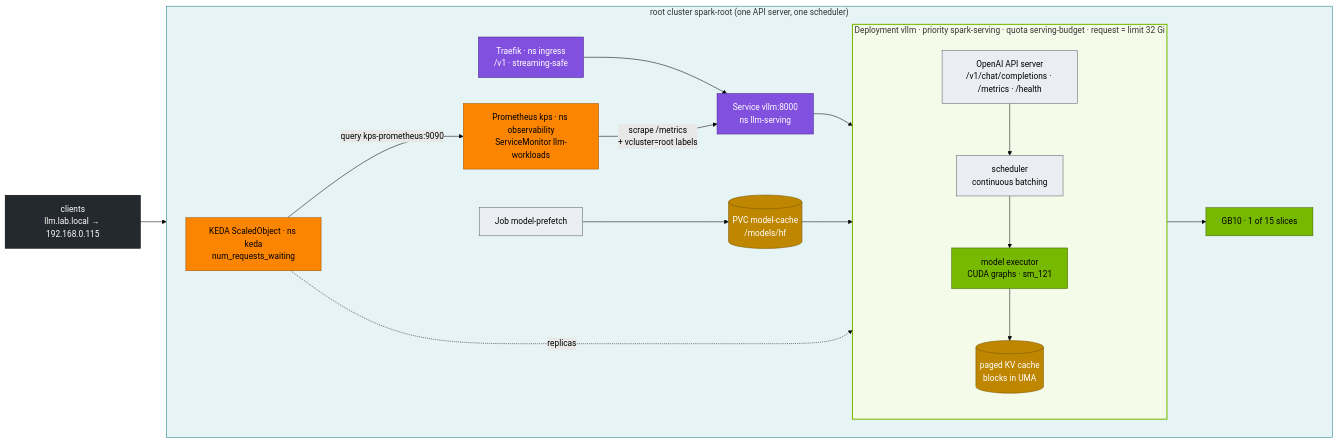
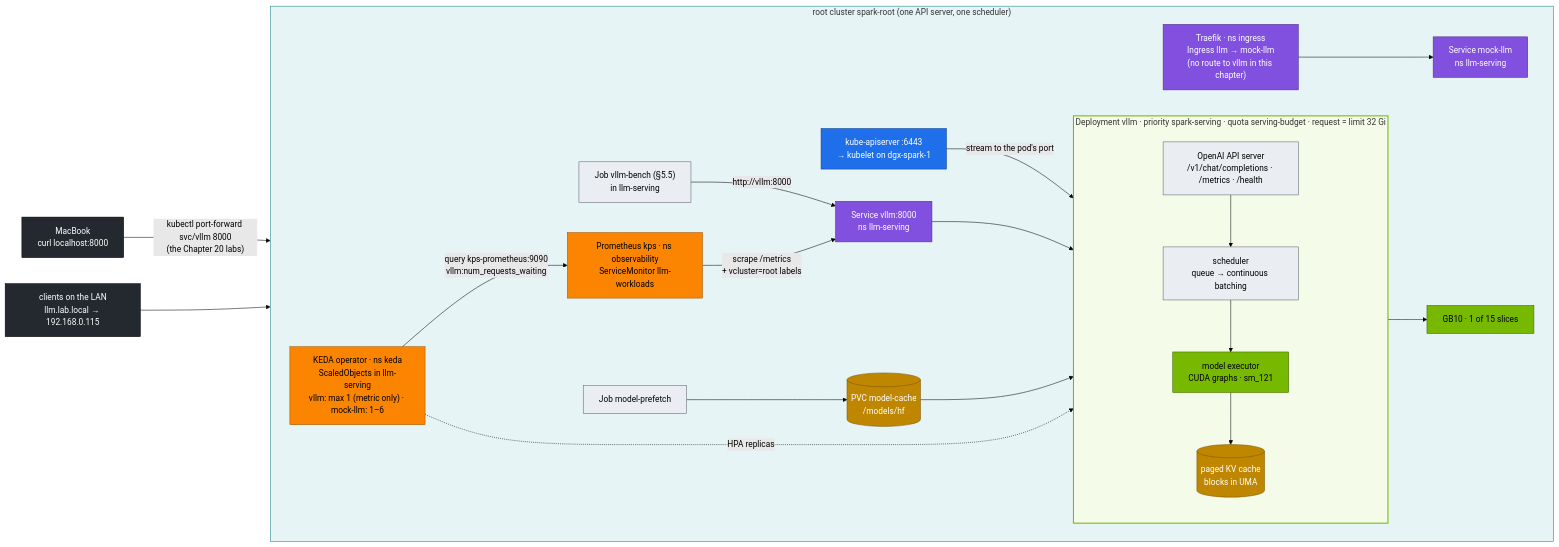
Before and after one commit to cloudone365/technical-depth: the first of 2 diagrams in 02-Kubernetes/20-vllm-high-throughput-llm-serving.md, drawn with Mermaid (forest theme). The commit also changed other lines of this file, not shown here.

First line of the commit message:
02 Ch20: HLD matches the lab's request paths; §2.1 request flow

````diff
--- a/02-Kubernetes/20-vllm-high-throughput-llm-serving.md
+++ b/02-Kubernetes/20-vllm-high-throughput-llm-serving.md
@@ -37,41 +37,47 @@
 ```mermaid
 flowchart LR
-  CL["clients<br/>llm.lab.local → 192.168.0.115"] --> TR
+  MAC["MacBook<br/>curl localhost:8000"] -->|"kubectl port-forward svc/vllm 8000<br/>(the Chapter 20 labs)"| APIS
+  LAN["clients on the LAN<br/>llm.lab.local → 192.168.0.115"] --> TR
   subgraph ROOT["root cluster spark-root (one API server, one scheduler)"]
     direction LR
-    TR["Traefik · ns ingress<br/>/v1 · streaming-safe"] --> SVC["Service vllm:8000<br/>ns llm-serving"]
+    APIS["kube-apiserver :6443<br/>→ kubelet on dgx-spark-1"]
+    TR["Traefik · ns ingress<br/>Ingress llm → mock-llm<br/>(no route to vllm in this chapter)"] --> MOCK["Service mock-llm<br/>ns llm-serving"]
+    SVC["Service vllm:8000<br/>ns llm-serving"]
     subgraph POD["Deployment vllm · priority spark-serving · quota serving-budget · request = limit 32 Gi"]
       direction TB
       API["OpenAI API server<br/>/v1/chat/completions · /metrics · /health"]
-      SCH["scheduler<br/>continuous batching"]
+      SCH["scheduler<br/>queue → continuous batching"]
       ENG["model executor<br/>CUDA graphs · sm_121"]
       KV[("paged KV cache<br/>blocks in UMA")]
       API --> SCH --> ENG --> KV
     end
+    APIS -->|"stream to the pod's port"| API
     SVC --> API
+    BENCH["Job vllm-bench (§5.5)<br/>in llm-serving"] -->|"http://vllm:8000"| SVC
     PVC[("PVC model-cache<br/>/models/hf")] --> ENG
     PRE["Job model-prefetch"] --> PVC
-    KEDA["KEDA ScaledObject · ns keda<br/>num_requests_waiting"]
+    KEDA["KEDA operator · ns keda<br/>ScaledObjects in llm-serving<br/>vllm: max 1 (metric only) · mock-llm: 1–6"]
     PROM["Prometheus kps · ns observability<br/>ServiceMonitor llm-workloads"]
     GPU["GB10 · 1 of 15 slices"]
-    KEDA -->|"query kps-prometheus:9090"| PROM
-    KEDA -.->|"replicas"| POD
+    KEDA -->|"query kps-prometheus:9090<br/>vllm:num_requests_waiting"| PROM
+    KEDA -.->|"HPA replicas"| POD
     PROM -->|"scrape /metrics<br/>+ vcluster=root labels"| SVC
     ENG --> GPU
   end
   classDef ctrl fill:#1f6feb,stroke:#0b3d91,color:#fff
   classDef gpu fill:#76b900,stroke:#3d6000,color:#000
   classDef net fill:#8250df,stroke:#4c2889,color:#fff
   classDef store fill:#bf8700,stroke:#7a5600,color:#fff
   classDef obs fill:#fb8500,stroke:#9a5200,color:#000
   classDef ext fill:#24292f,stroke:#000,color:#fff
   classDef tenant fill:#eaeef2,stroke:#57606a,color:#000
   class ENG,GPU gpu
-  class TR,SVC net
+  class TR,SVC,MOCK net
+  class APIS ctrl
   class KV,PVC store
   class PROM,KEDA obs
-  class CL ext
-  class API,SCH,PRE tenant
+  class MAC,LAN ext
+  class API,SCH,PRE,BENCH tenant
   style POD fill:#f4fbe8,stroke:#76b900,stroke-width:2px
   style ROOT fill:#e6f4f5,stroke:#0e7c86
 ```
````
